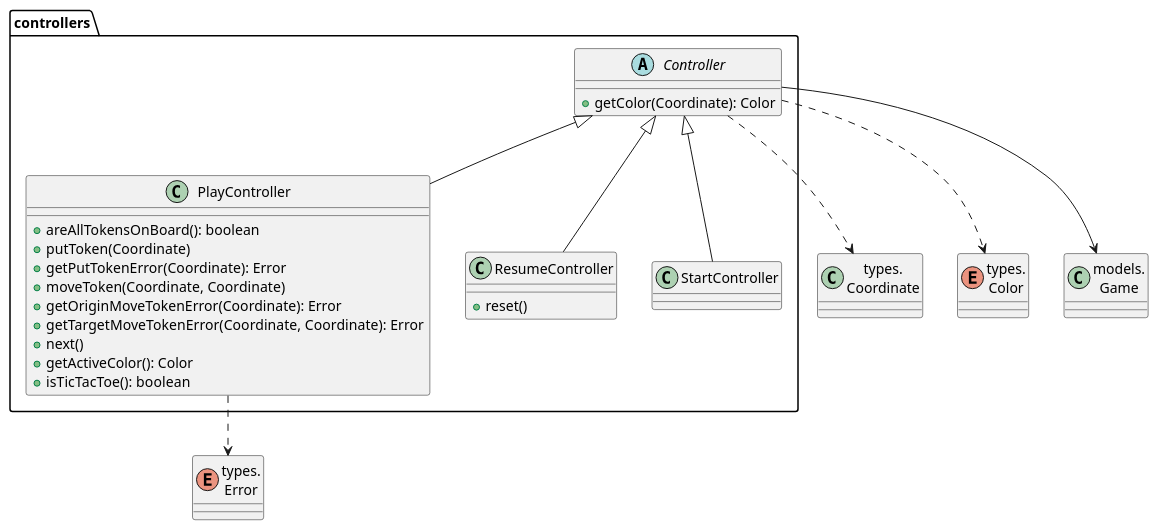
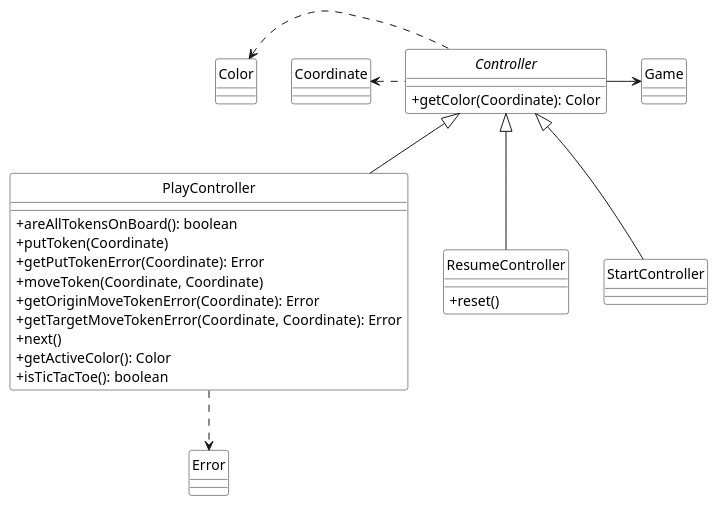
Before and after one commit to mpaulaherrero/IS-022023: the diagram in docs/diagrams/tictactoe/logicalView/analisysView/classAnalisys/controllersClassDiagram.plantuml, drawn with PlantUML. The commit also changed 2 other files, not shown here.

Commit message:
class diagrams

```diff
--- a/docs/diagrams/tictactoe/logicalView/analisysView/classAnalisys/controllersClassDiagram.plantuml
+++ b/docs/diagrams/tictactoe/logicalView/analisysView/classAnalisys/controllersClassDiagram.plantuml
@@ -1,40 +1,44 @@
 @startuml controllersClassDiagram
-class Coordinate as "types.\nCoordinate"
-enum Color as "types.\nColor"
-enum Error as "types.\nError"
-class Game as "models.\nGame"
+skinparam ClassBackgroundColor white
+skinparam classAttributeIconSize 0
+hide circle
 
-abstract class  controllers.Controller{
+class Coordinate
+enum Color
+enum Error
+class Game
+
+abstract class  Controller{
     + getColor(Coordinate): Color
 }
 
-class  controllers.PlayController{
-    +areAllTokensOnBoard(): boolean
-    +putToken(Coordinate)
-    +getPutTokenError(Coordinate): Error
-    +moveToken(Coordinate, Coordinate)
-    +getOriginMoveTokenError(Coordinate): Error
-    +getTargetMoveTokenError(Coordinate, Coordinate): Error
-    +next()
-    +getActiveColor(): Color
-    +isTicTacToe(): boolean
+class  PlayController{
+    + areAllTokensOnBoard(): boolean
+    + putToken(Coordinate)
+    + getPutTokenError(Coordinate): Error
+    + moveToken(Coordinate, Coordinate)
+    + getOriginMoveTokenError(Coordinate): Error
+    + getTargetMoveTokenError(Coordinate, Coordinate): Error
+    + next()
+    + getActiveColor(): Color
+    + isTicTacToe(): boolean
 }
 
-class  controllers.ResumeController{
-    +reset()
+class  ResumeController{
+    + reset()
 }
 
-class  controllers.StartController{
+class  StartController{
 
 }
 
 
-controllers.Controller <|-- controllers.StartController
-controllers.Controller <|-- controllers.PlayController
-controllers.Controller <|-- controllers.ResumeController
+Controller <|-- StartController
+Controller <|-- PlayController
+Controller <|-- ResumeController
 
-controllers.Controller .down.> Coordinate
-controllers.Controller --> Game
-controllers.Controller ..> Color
-controllers.PlayController .down.> Error
+Controller .l.> Coordinate
+Controller -r-> Game
+Controller .l.> Color
+PlayController .down.> Error
 @enduml
```
